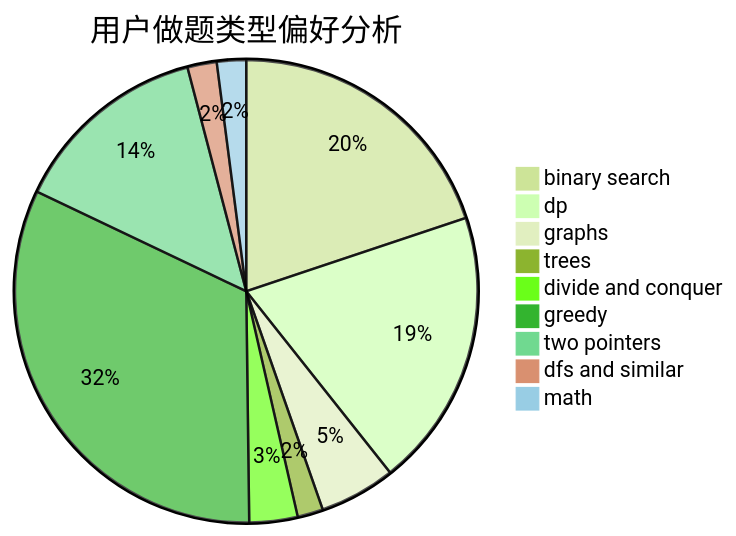
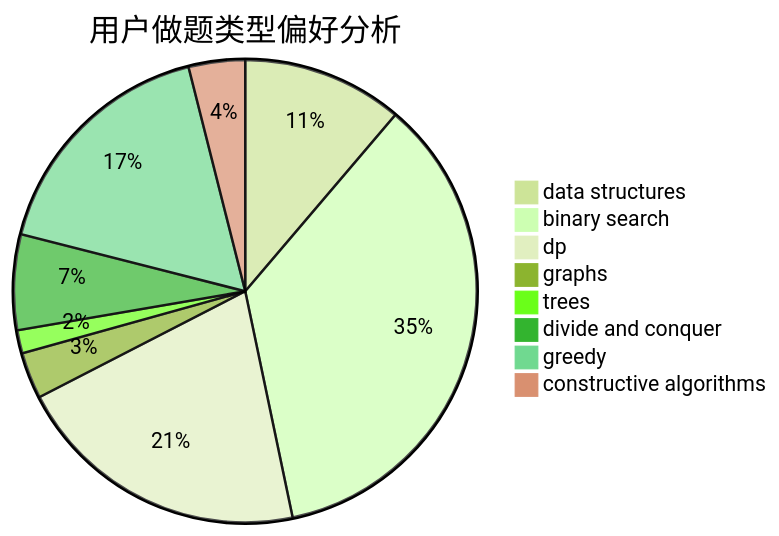
The second of 3 diagrams in docs/user/u1384.md (sherpahu/cfrs.github.io), drawn with Mermaid (forest theme) before and after one commit. The commit also changed other lines of this file and 2775 other files, not shown here.

````diff
--- a/docs/user/u1384.md
+++ b/docs/user/u1384.md
@@ -23,12 +23,11 @@
 ```mermaid
 pie title 用户做题类型偏好分析
-    "binary search" :  389
-    "dp" :  381
-    "graphs" :  104
-    "trees" :  35
+    "data structures" :  111
+    "binary search" :  351
+    "dp" :  205
+    "graphs" :  32
+    "trees" :  16
     "divide and conquer" :  66
-    "greedy" :  632
-    "two pointers" :  271
-    "dfs and similar" :  40
-    "math" :  40
+    "greedy" :  169
+    "constructive algorithms" :  39
 ```
````
